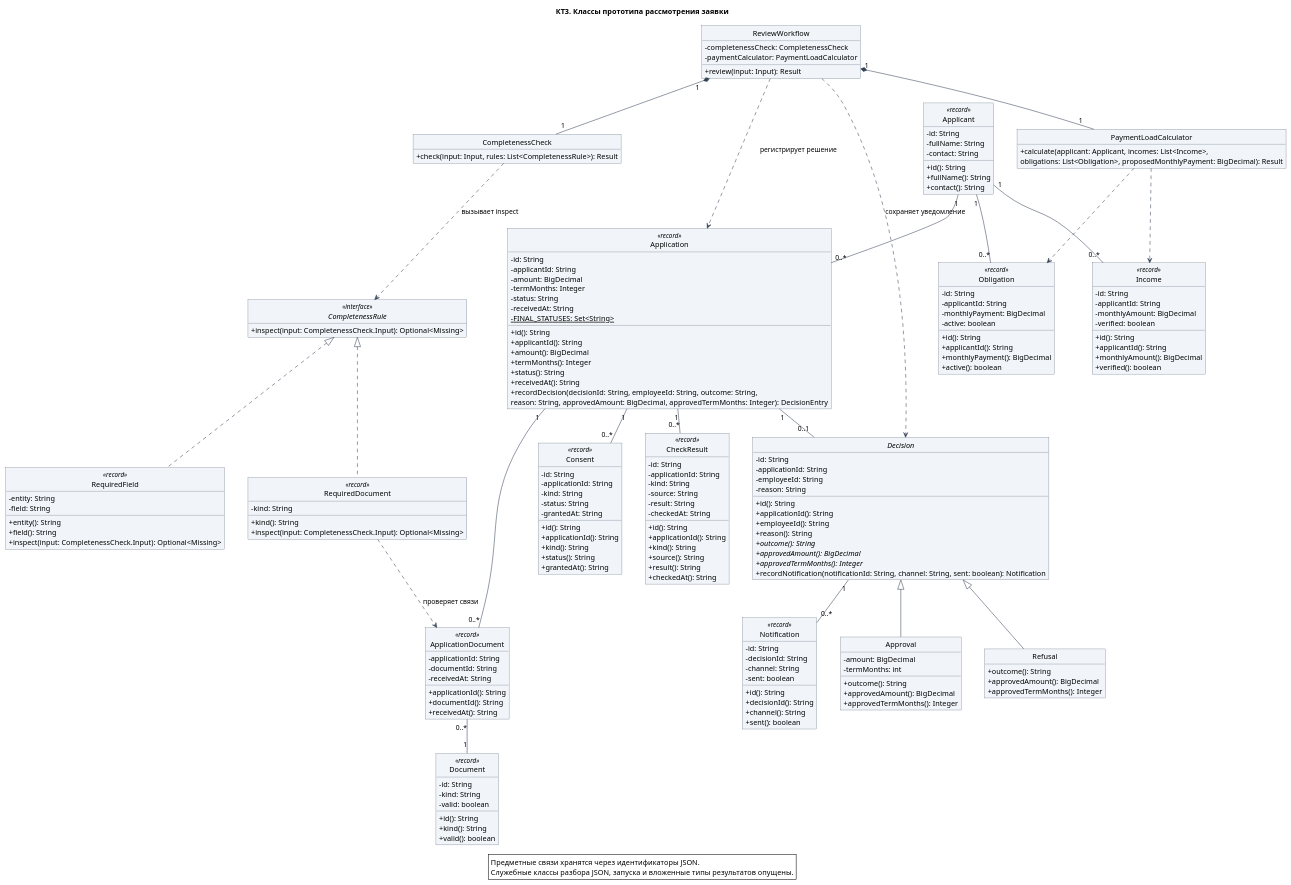
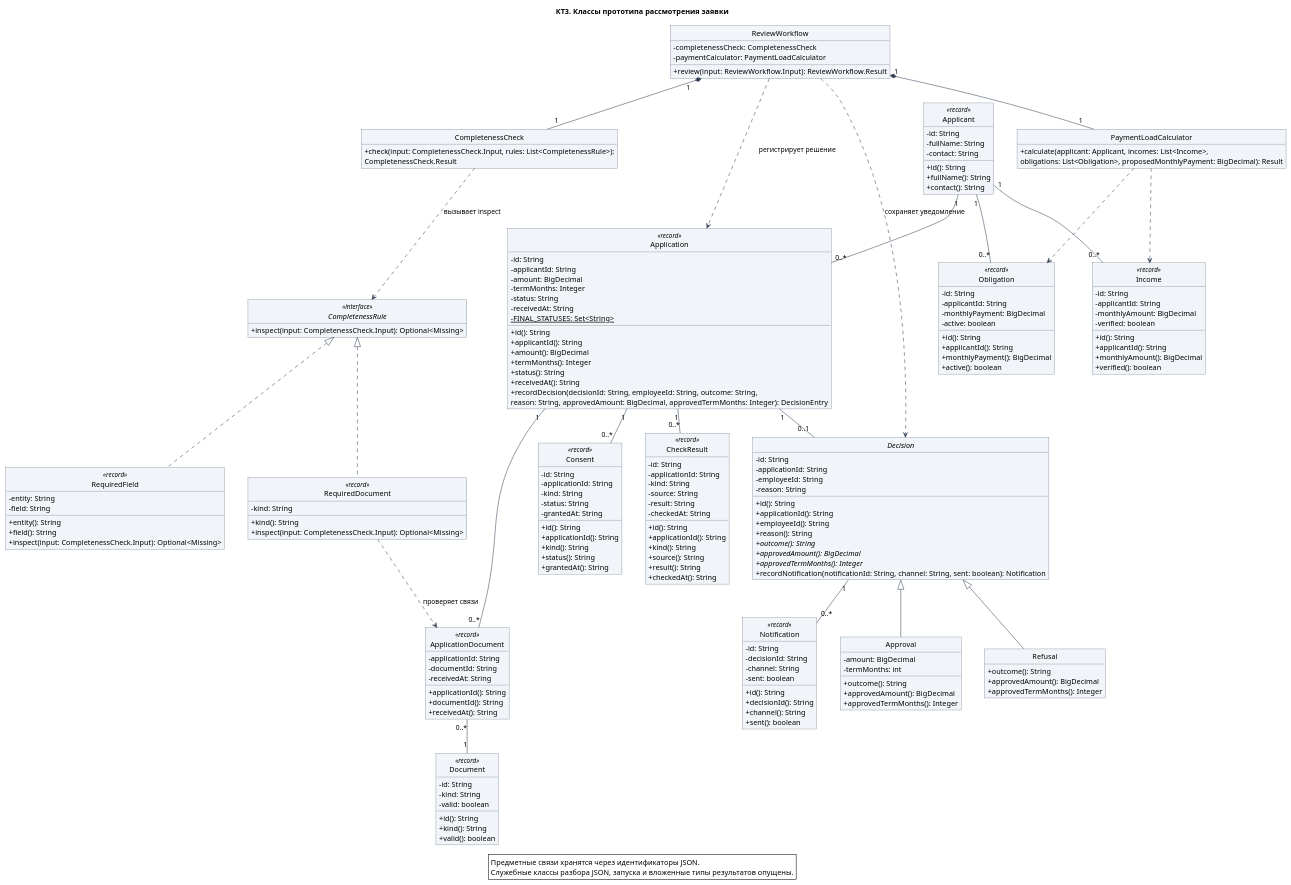
The diagram in models/classes.puml (Ipopuk/mfo-research), drawn with PlantUML before and after one commit. The commit also changed 1 other file, not shown here.

Commit message:
docs(kt3): qualify nested input and result types in UML (review #3)

```diff
--- a/models/classes.puml
+++ b/models/classes.puml
@@ -166,7 +166,7 @@
 }
 
 class CompletenessCheck {
-  +check(input: Input, rules: List<CompletenessRule>): Result
+  +check(input: CompletenessCheck.Input, rules: List<CompletenessRule>):\nCompletenessCheck.Result
 }
 
 class PaymentLoadCalculator {
@@ -176,7 +176,7 @@
 class ReviewWorkflow {
   -completenessCheck: CompletenessCheck
   -paymentCalculator: PaymentLoadCalculator
-  +review(input: Input): Result
+  +review(input: ReviewWorkflow.Input): ReviewWorkflow.Result
 }
 
 Applicant "1" -- "0..*" Application
```
